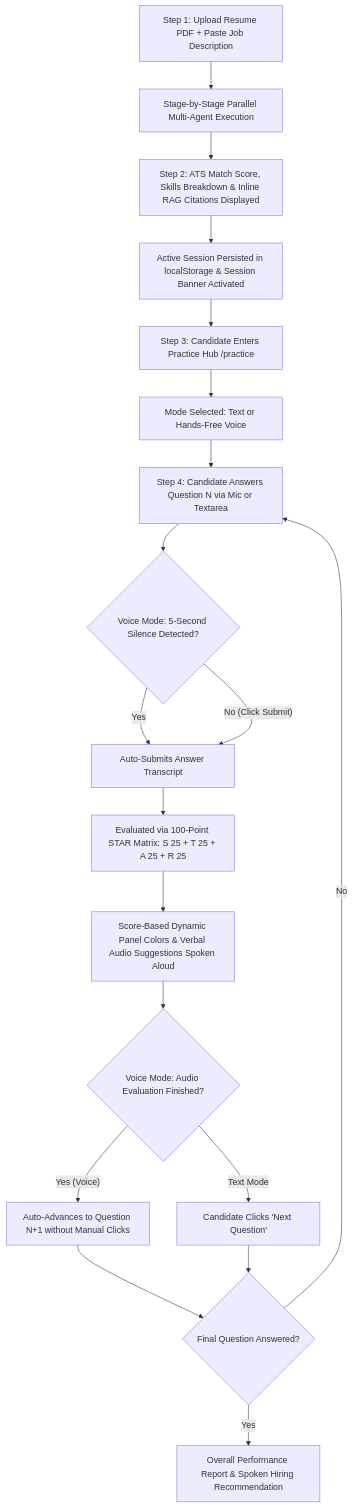
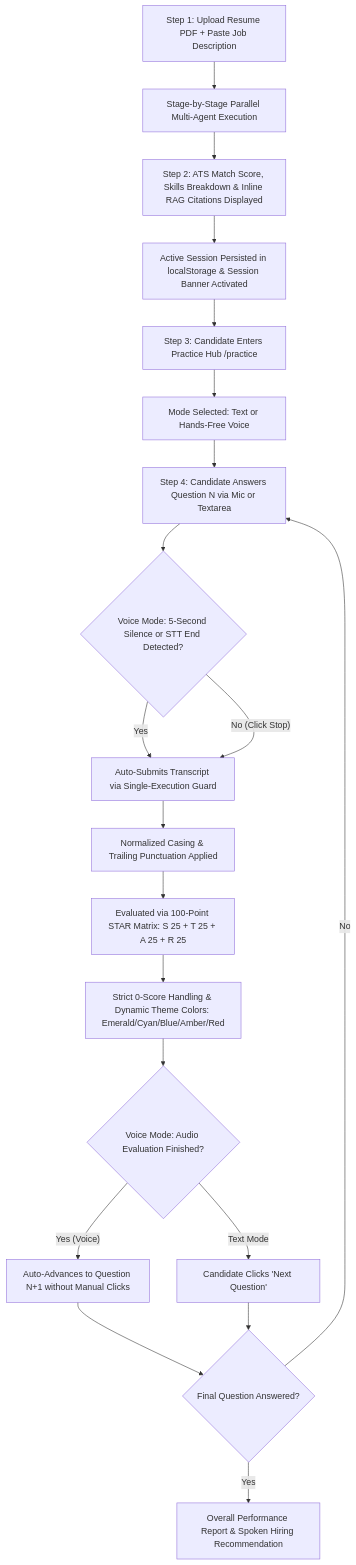
The first of 3 diagrams in FLOW.md (princeraj27/AI-Resume-Tailor), drawn with Mermaid before and after one commit. The commit also changed other lines of this file, not shown here.

Commit message:
docs: update FLOW.md with strict zero-score nullish coalescing, deterministic LLM evaluation, and voice submission guards

````diff
--- a/FLOW.md
+++ b/FLOW.md
@@ -40,21 +40,22 @@
 ```mermaid
 graph TD
     A[Step 1: Upload Resume PDF + Paste Job Description] --> B[Stage-by-Stage Parallel Multi-Agent Execution]
     B --> C[Step 2: ATS Match Score, Skills Breakdown & Inline RAG Citations Displayed]
     C --> D[Active Session Persisted in localStorage & Session Banner Activated]
     D --> E[Step 3: Candidate Enters Practice Hub /practice]
     E --> F[Mode Selected: Text or Hands-Free Voice]
     F --> G[Step 4: Candidate Answers Question N via Mic or Textarea]
-    G --> H{Voice Mode: 5-Second Silence Detected?}
-    H -- Yes --> I[Auto-Submits Answer Transcript]
-    H -- No (Click Submit) --> I
-    I --> J[Evaluated via 100-Point STAR Matrix: S 25 + T 25 + A 25 + R 25]
-    J --> K[Score-Based Dynamic Panel Colors & Verbal Audio Suggestions Spoken Aloud]
-    K --> L{Voice Mode: Audio Evaluation Finished?}
-    L -- Yes (Voice) --> M[Auto-Advances to Question N+1 without Manual Clicks]
-    L -- Text Mode --> N[Candidate Clicks 'Next Question']
-    M --> O{Final Question Answered?}
-    N --> O
-    O -- Yes --> P[Overall Performance Report & Spoken Hiring Recommendation]
-    O -- No --> G
+    G --> H{Voice Mode: 5-Second Silence or STT End Detected?}
+    H -- Yes --> I[Auto-Submits Transcript via Single-Execution Guard]
+    H -- No (Click Stop) --> I
+    I --> J[Normalized Casing & Trailing Punctuation Applied]
+    J --> K[Evaluated via 100-Point STAR Matrix: S 25 + T 25 + A 25 + R 25]
+    K --> L[Strict 0-Score Handling & Dynamic Theme Colors: Emerald/Cyan/Blue/Amber/Red]
+    L --> M{Voice Mode: Audio Evaluation Finished?}
+    M -- Yes (Voice) --> N[Auto-Advances to Question N+1 without Manual Clicks]
+    M -- Text Mode --> O[Candidate Clicks 'Next Question']
+    N --> P{Final Question Answered?}
+    O --> P
+    P -- Yes --> Q[Overall Performance Report & Spoken Hiring Recommendation]
+    P -- No --> G
 ```
````
